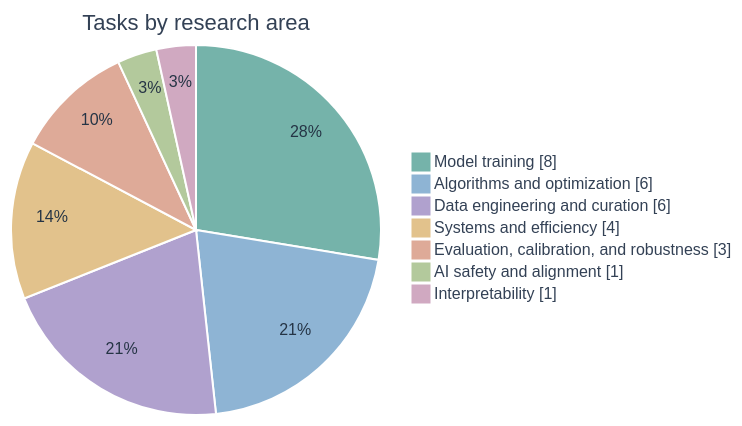
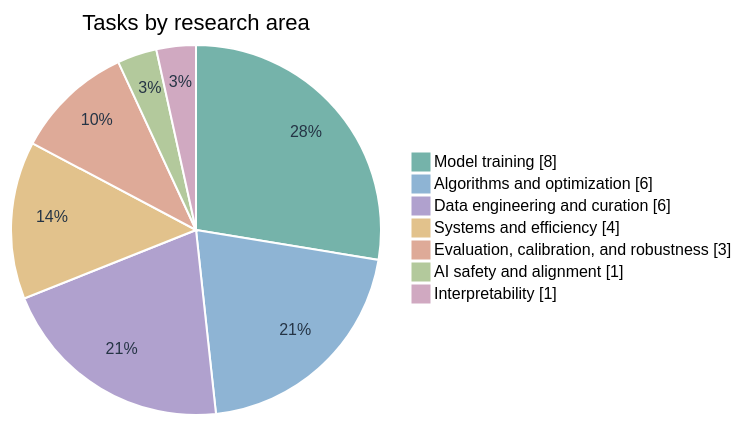
One commit to bespokelabsai/AutoResearchExam changed the diagram in README.md. Above: the diagram before and after it, drawn with Mermaid.

Commit message:
Keep pie labels readable in GitHub color themes

````diff
--- a/README.md
+++ b/README.md
@@ -10,36 +10,33 @@
 ```mermaid
 ---
 config:
-  theme: base
   themeVariables:
     fontFamily: 'Arial, Helvetica, sans-serif'
     pie1: '#75B3AA'
     pie2: '#8EB4D4'
     pie3: '#B0A1CE'
     pie4: '#E2C28C'
     pie5: '#DEAA98'
     pie6: '#B3C99C'
     pie7: '#D0A9C1'
     pieOpacity: 1
     pieStrokeColor: '#FFFFFF'
     pieStrokeWidth: '2px'
     pieOuterStrokeWidth: '0px'
     pieTitleTextSize: '22px'
-    pieTitleTextColor: '#334155'
     pieSectionTextSize: '16px'
     pieSectionTextColor: '#253445'
     pieLegendTextSize: '16px'
-    pieLegendTextColor: '#334155'
   pie:
     textPosition: 0.78
 ---
 pie showData
     title Tasks by research area
     "Model training" : 8
     "Algorithms and optimization" : 6
     "Data engineering and curation" : 6
     "Systems and efficiency" : 4
     "Evaluation, calibration, and robustness" : 3
     "AI safety and alignment" : 1
     "Interpretability" : 1
 ```
````
